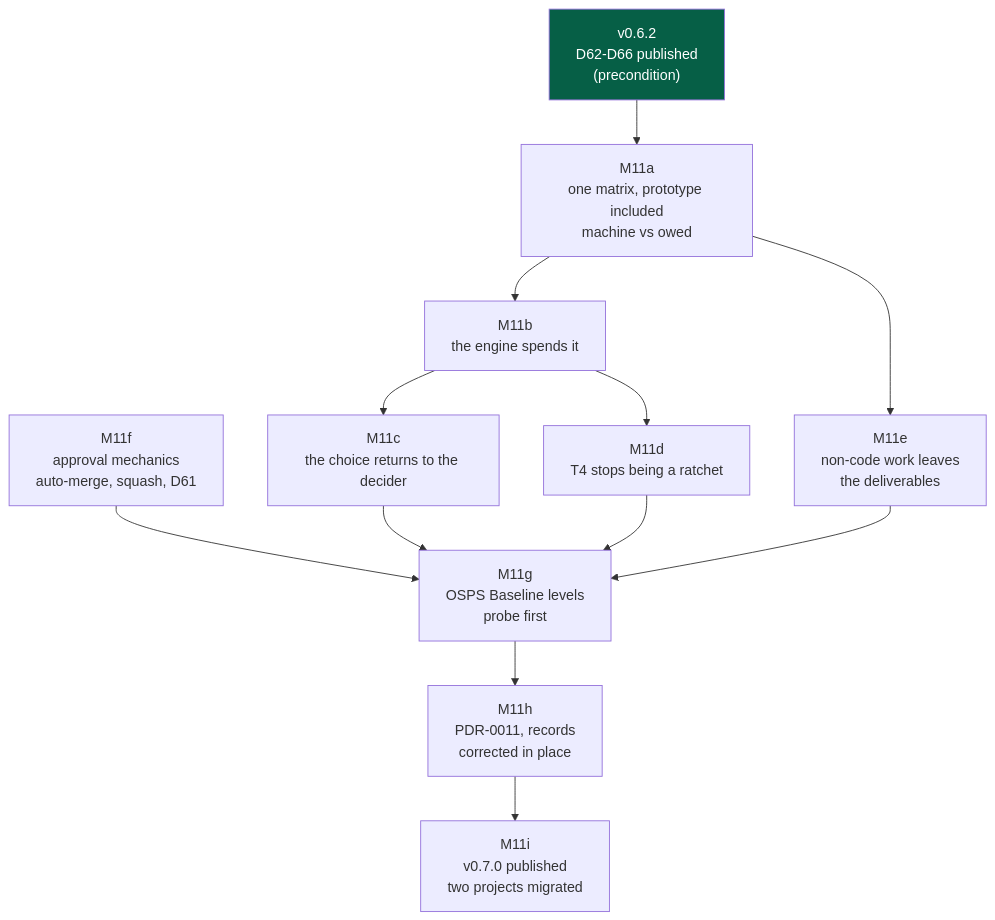
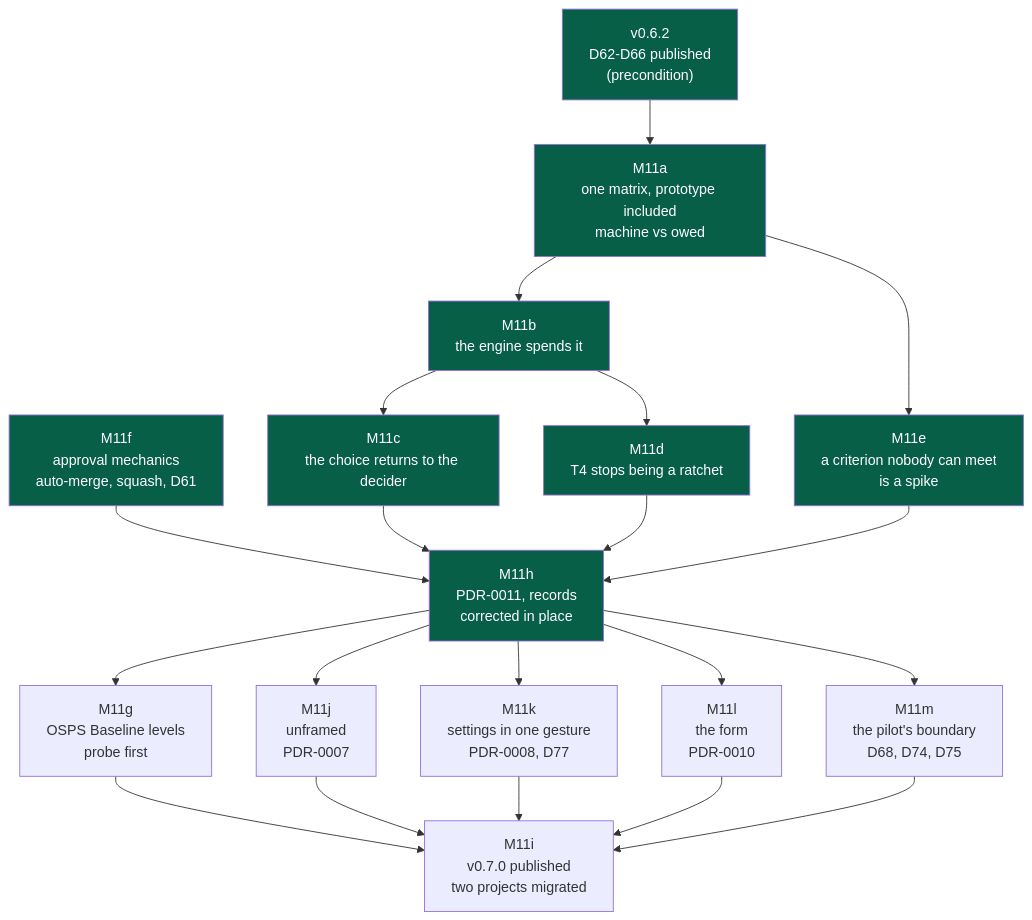
One commit to NapkinStack/engineering-os changed the diagram in docs/governance/plans/2026-09-23-m11-ceremony-follows-consequence.md. Above: the diagram before and after it, drawn with Mermaid. The commit also changed other lines of this file and 13 other files, not shown here.

````diff
--- a/docs/governance/plans/2026-09-23-m11-ceremony-follows-consequence.md
+++ b/docs/governance/plans/2026-09-23-m11-ceremony-follows-consequence.md
@@ -129,16 +129,24 @@
 ```mermaid
 flowchart TD
     V62["v0.6.2<br/>D62-D66 published<br/>(precondition)"]:::done --> A
-    A["M11a<br/>one matrix, prototype included<br/>machine vs owed"] --> B["M11b<br/>the engine spends it"]
-    B --> C["M11c<br/>the choice returns to the decider"]
-    B --> D["M11d<br/>T4 stops being a ratchet"]
-    A --> E["M11e<br/>non-code work leaves<br/>the deliverables"]
-    F["M11f<br/>approval mechanics<br/>auto-merge, squash, D61"] --> G
-    C --> G["M11g<br/>OSPS Baseline levels<br/>probe first"]
-    D --> G
-    E --> G
-    G --> H["M11h<br/>PDR-0011, records<br/>corrected in place"]
-    H --> I["M11i<br/>v0.7.0 published<br/>two projects migrated"]
+    A["M11a<br/>one matrix, prototype included<br/>machine vs owed"]:::done --> B["M11b<br/>the engine spends it"]:::done
+    B --> C["M11c<br/>the choice returns to the decider"]:::done
+    B --> D["M11d<br/>T4 stops being a ratchet"]:::done
+    A --> E["M11e<br/>a criterion nobody can meet<br/>is a spike"]:::done
+    F["M11f<br/>approval mechanics<br/>auto-merge, squash, D61"]:::done --> H
+    C --> H["M11h<br/>PDR-0011, records<br/>corrected in place"]:::done
+    D --> H
+    E --> H
+    H --> G["M11g<br/>OSPS Baseline levels<br/>probe first"]
+    H --> J["M11j<br/>unframed<br/>PDR-0007"]
+    H --> K["M11k<br/>settings in one gesture<br/>PDR-0008, D77"]
+    H --> L["M11l<br/>the form<br/>PDR-0010"]
+    H --> M["M11m<br/>the pilot's boundary<br/>D68, D74, D75"]
+    G --> I["M11i<br/>v0.7.0 published<br/>two projects migrated"]
+    J --> I
+    K --> I
+    L --> I
+    M --> I
 
     classDef done fill:#065f46,color:#fff
 ```
````
